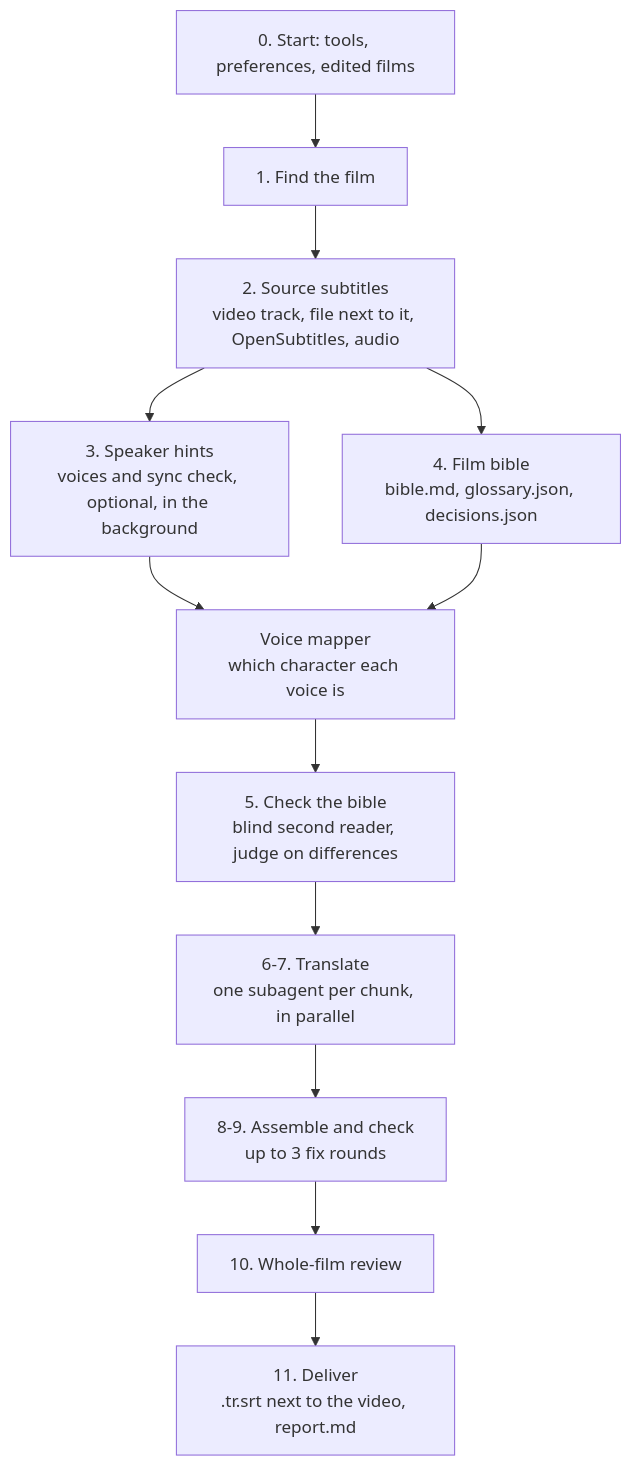
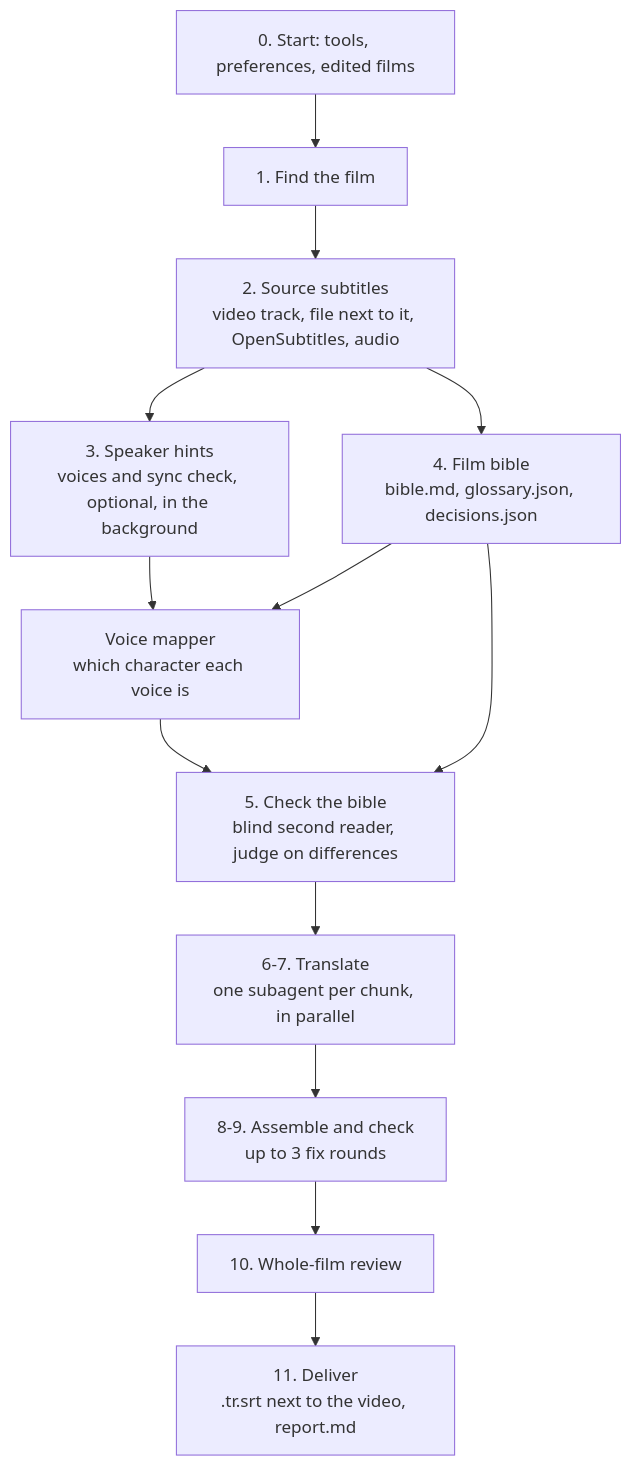
Before and after one commit to specialone0007/subtitle-it: the diagram in docs/architecture.md, drawn with Mermaid. The commit also changed 3 other files, not shown here.

````diff
--- a/docs/architecture.md
+++ b/docs/architecture.md
@@ -23,14 +23,15 @@
 ```mermaid
 flowchart TD
     A[0. Start: tools, preferences, edited films] --> B[1. Find the film]
     B --> C[2. Source subtitles<br>video track, file next to it, OpenSubtitles, audio]
     C --> D[3. Speaker hints<br>voices and sync check, optional, in the background]
     C --> E[4. Film bible<br>bible.md, glossary.json, decisions.json]
     D --> V[Voice mapper<br>which character each voice is]
     E --> V
-    V --> F[5. Check the bible<br>blind second reader, judge on differences]
+    E --> F[5. Check the bible<br>blind second reader, judge on differences]
+    V --> F
     F --> G[6-7. Translate<br>one subagent per chunk, in parallel]
     G --> H[8-9. Assemble and check<br>up to 3 fix rounds]
     H --> I[10. Whole-film review]
     I --> J[11. Deliver<br>.tr.srt next to the video, report.md]
 ```
````
